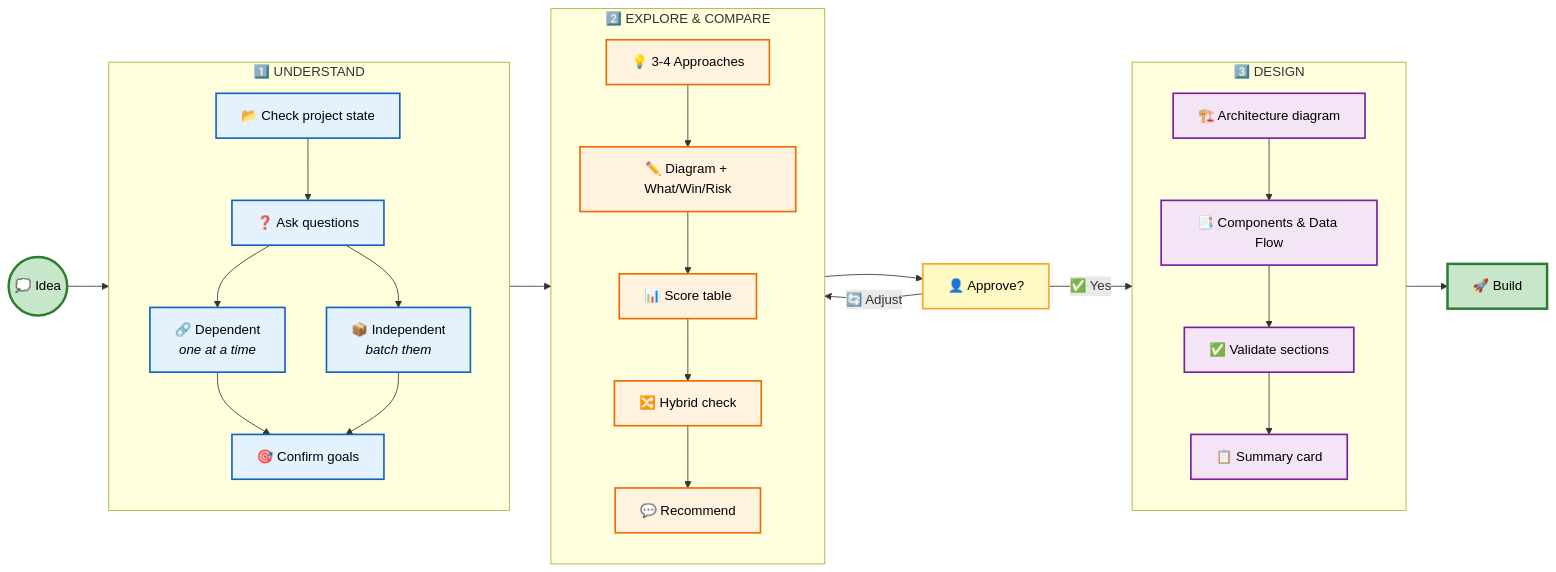
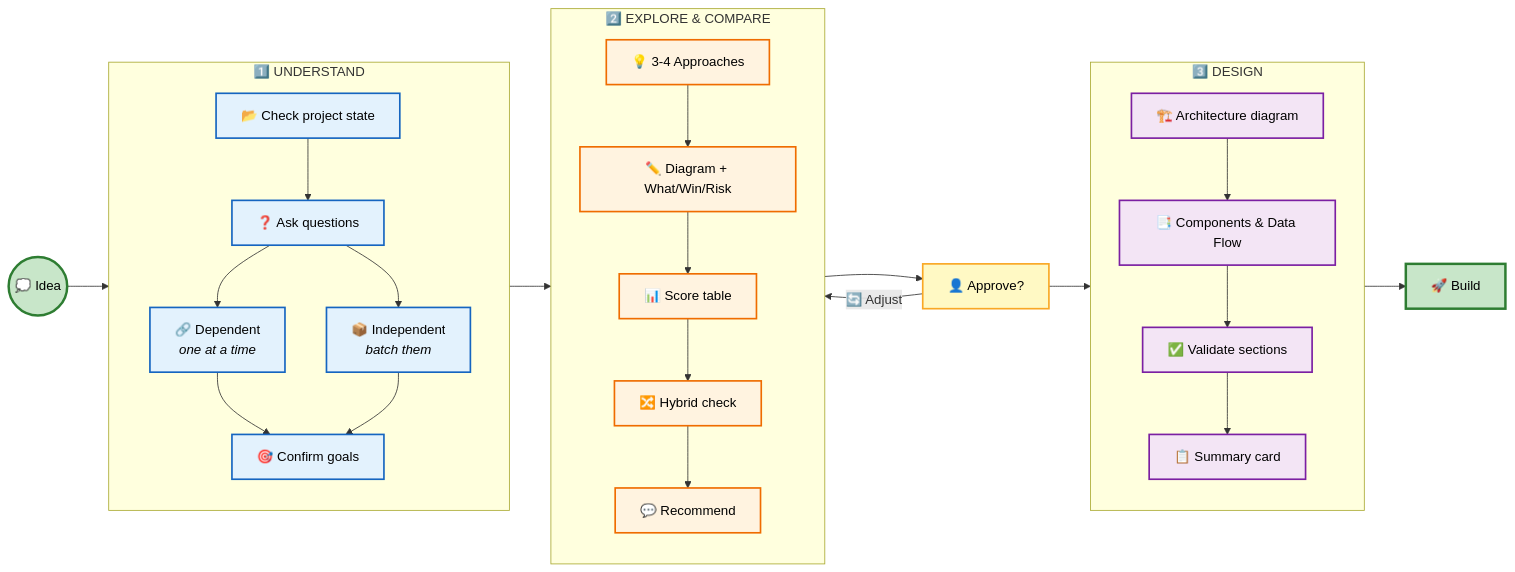
One commit to bytemines/sherpai changed the diagram in README.md. Above: the diagram before and after it, drawn with Mermaid. The commit also changed other lines of this file and 3 other files, not shown here.

````diff
--- a/README.md
+++ b/README.md
@@ -9,53 +19,53 @@
 ```mermaid
 flowchart LR
     A((💭 Idea)) --> P1
 
     subgraph P1["1️⃣ UNDERSTAND"]
         direction TB
         B["📂 Check project state"]
         B --> C["❓ Ask questions"]
         C --> D["🔗 Dependent<br/><i>one at a time</i>"]
         C --> E["📦 Independent<br/><i>batch them</i>"]
         D --> F["🎯 Confirm goals"]
         E --> F
     end
 
     P1 --> P2
 
     subgraph P2["2️⃣ EXPLORE & COMPARE"]
         direction TB
         G["💡 3-4 Approaches"]
         H["✏️ Diagram + What/Win/Risk"]
         I["📊 Score table"]
         J["🔀 Hybrid check"]
         K["💬 Recommend"]
         G --> H --> I --> J --> K
     end
 
     P2 --> V1["👤 Approve?"]
     V1 -->|"🔄 Adjust"| P2
-    V1 -->|"✅ Yes"| P3
+    V1 --> P3
 
     subgraph P3["3️⃣ DESIGN"]
         direction TB
         L["🏗️ Architecture diagram"]
         M["📑 Components & Data Flow"]
         N["✅ Validate sections"]
         O["📋 Summary card"]
         L --> M --> N --> O
     end
 
     P3 --> P["🚀 Build"]
 
     classDef phase1 fill:#e3f2fd,stroke:#1565c0,stroke-width:2px,color:#000
     classDef phase2 fill:#fff3e0,stroke:#ef6c00,stroke-width:2px,color:#000
     classDef phase3 fill:#f3e5f5,stroke:#7b1fa2,stroke-width:2px,color:#000
     classDef userCheck fill:#fff9c4,stroke:#f9a825,stroke-width:2px,color:#000
     classDef endpoint fill:#c8e6c9,stroke:#2e7d32,stroke-width:3px,color:#000
 
     class B,C,D,E,F phase1
     class G,H,I,J,K phase2
     class L,M,N,O phase3
     class V1 userCheck
     class A,P endpoint
 ```
````
